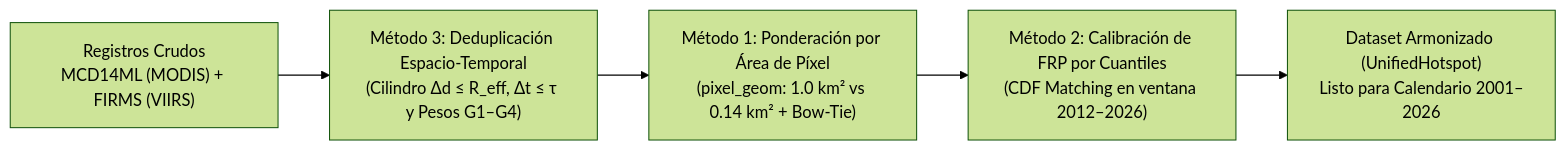
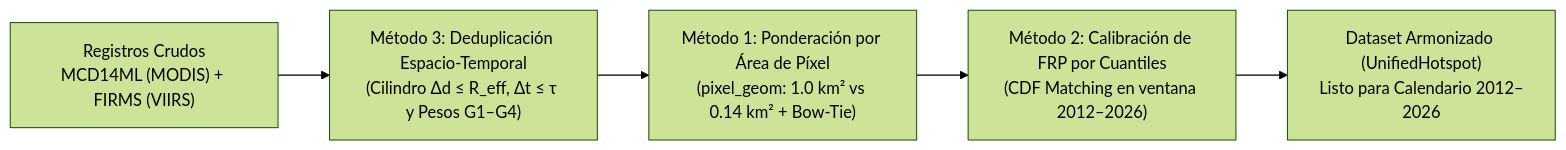
The diagram in docs/overnight/02_MODELOS_MATEMATICOS_ARMONIZACION.md (juani981/Space-App-Challenge), drawn with Mermaid (forest theme) before and after one commit. The commit also changed other lines of this file and 8 other files, not shown here.

````diff
--- a/docs/overnight/02_MODELOS_MATEMATICOS_ARMONIZACION.md
+++ b/docs/overnight/02_MODELOS_MATEMATICOS_ARMONIZACION.md
@@ -21,7 +21,7 @@
 ```mermaid
 flowchart LR
     Raw["Registros Crudos<br/>MCD14ML (MODIS) + FIRMS (VIIRS)"] --> M3["Método 3: Deduplicación Espacio-Temporal<br/>(Cilindro Δd ≤ R_eff, Δt ≤ τ y Pesos G1–G4)"]
     M3 --> M1["Método 1: Ponderación por Área de Píxel<br/>(pixel_geom: 1.0 km² vs 0.14 km² + Bow-Tie)"]
     M1 --> M2["Método 2: Calibración de FRP por Cuantiles<br/>(CDF Matching en ventana 2012–2026)"]
-    M2 --> Out["Dataset Armonizado (UnifiedHotspot)<br/>Listo para Calendario 2001–2026"]
+    M2 --> Out["Dataset Armonizado (UnifiedHotspot)<br/>Listo para Calendario 2012–2026"]
 ```
````
